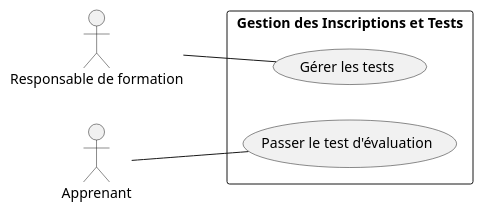
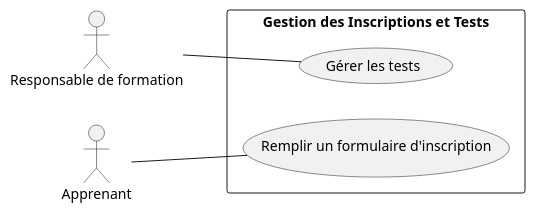
One commit to samiaBoug/Soli_LMS_Test_Inscription changed the diagram in Analyse/use_case_sprint2.puml. Above: the diagram before and after it, drawn with PlantUML. The commit also changed 4 other files, not shown here.

```diff
--- a/Analyse/use_case_sprint2.puml
+++ b/Analyse/use_case_sprint2.puml
@@ -1,17 +1,17 @@
 @startuml
 left to right direction
 
 actor "Responsable de formation" as Admin
 actor "Apprenant" as Apprenant
 
 rectangle "Gestion des Inscriptions et Tests" {
-  usecase "Passer le test d'évaluation" as UC1
+  usecase "Remplir un formulaire d'inscription" as UC1
   usecase "Gérer les tests" as UC2
 
 }
 
 Admin -- UC2
 Apprenant -- UC1
 
 
 @enduml
```
